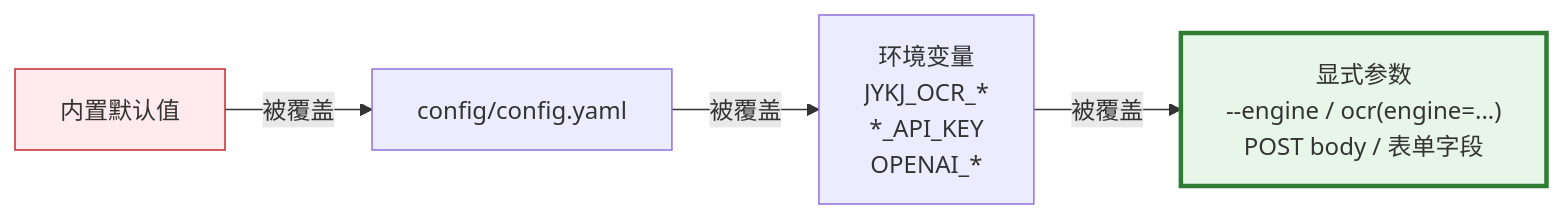
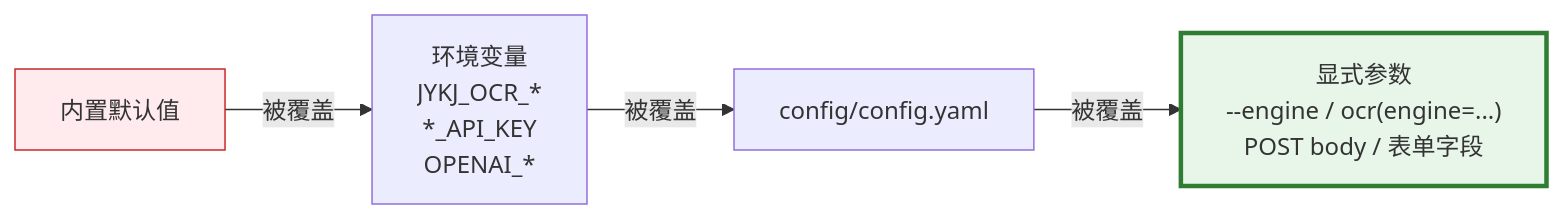
Before and after one commit to yejinlei/jykj-ocr: the third of 15 diagrams in docs/manual.md, drawn with Mermaid. The commit also changed other lines of this file and 19 other files, not shown here.

````diff
--- a/docs/manual.md
+++ b/docs/manual.md
@@ -221,8 +231,8 @@
 ```mermaid
 flowchart LR
-    A["内置默认值"] -->|被覆盖| B["config/config.yaml"]
-    B -->|被覆盖| C["环境变量<br/>JYKJ_OCR_*<br/>*_API_KEY<br/>OPENAI_*"]
+    A["内置默认值"] -->|被覆盖| B["环境变量<br/>JYKJ_OCR_*<br/>*_API_KEY<br/>OPENAI_*"]
+    B -->|被覆盖| C["config/config.yaml"]
     C -->|被覆盖| D["显式参数<br/>--engine / ocr(engine=...)<br/>POST body / 表单字段"]
     style D fill:#e8f5e9,stroke:#2e7d32,stroke-width:3px
     style A fill:#ffebee,stroke:#c62828
 ```
````
